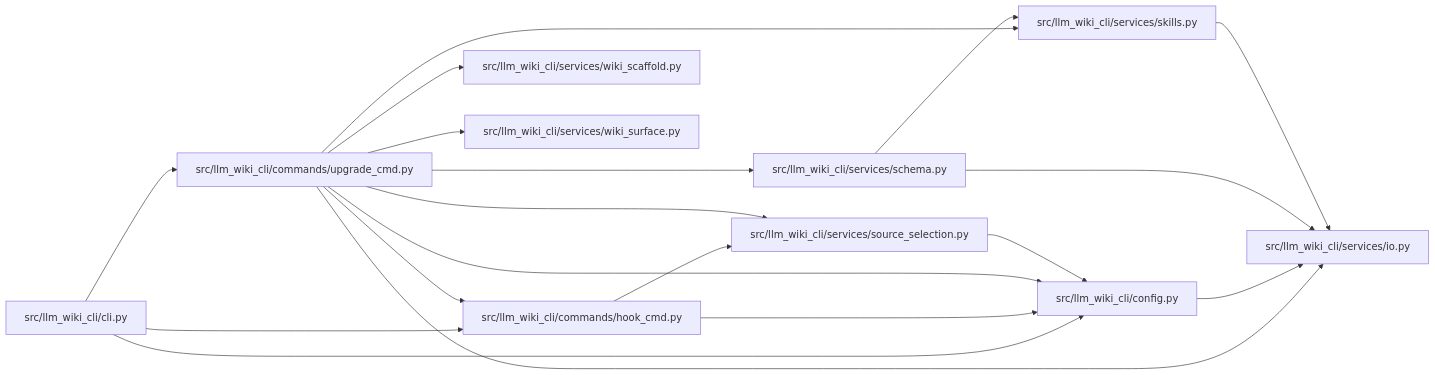
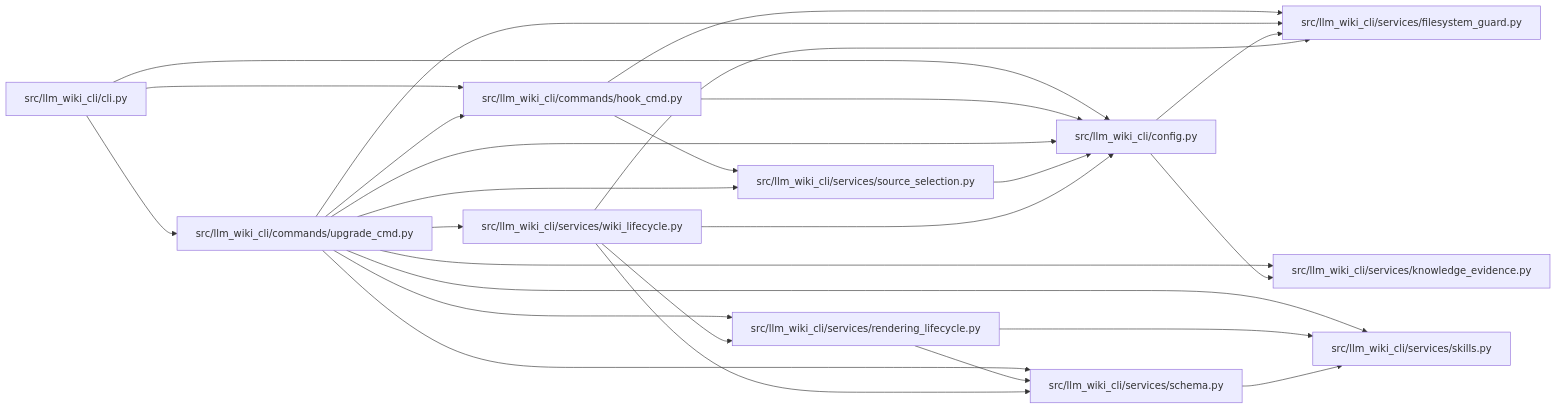
The diagram in docs/llm_wiki/modules/upgrade_cmd.md (Denissvgn/python-wiki-llm), drawn with Mermaid before and after one commit. The commit also changed other lines of this file and 364 other files, not shown here.

````diff
--- a/docs/llm_wiki/modules/upgrade_cmd.md
+++ b/docs/llm_wiki/modules/upgrade_cmd.md
@@ -37,41 +39,50 @@
 ```mermaid
 flowchart LR
     n0["src/llm_wiki_cli/cli.py"]
     n1["src/llm_wiki_cli/commands/hook_cmd.py"]
     n2["src/llm_wiki_cli/commands/upgrade_cmd.py"]
     n3["src/llm_wiki_cli/config.py"]
-    n4["src/llm_wiki_cli/services/io.py"]
-    n5["src/llm_wiki_cli/services/schema.py"]
-    n6["src/llm_wiki_cli/services/skills.py"]
-    n7["src/llm_wiki_cli/services/source_selection.py"]
-    n8["src/llm_wiki_cli/services/wiki_scaffold.py"]
-    n9["src/llm_wiki_cli/services/wiki_surface.py"]
+    n4["src/llm_wiki_cli/services/filesystem_guard.py"]
+    n5["src/llm_wiki_cli/services/knowledge_evidence.py"]
+    n6["src/llm_wiki_cli/services/rendering_lifecycle.py"]
+    n7["src/llm_wiki_cli/services/schema.py"]
+    n8["src/llm_wiki_cli/services/skills.py"]
+    n9["src/llm_wiki_cli/services/source_selection.py"]
+    n10["src/llm_wiki_cli/services/wiki_lifecycle.py"]
     n0 --> n1
     n0 --> n2
     n0 --> n3
     n1 --> n3
-    n1 --> n7
+    n1 --> n4
+    n1 --> n9
     n2 --> n1
     n2 --> n3
     n2 --> n4
     n2 --> n5
     n2 --> n6
     n2 --> n7
     n2 --> n8
     n2 --> n9
+    n2 --> n10
     n3 --> n4
-    n5 --> n4
-    n5 --> n6
-    n6 --> n4
-    n7 --> n3
+    n3 --> n5
+    n6 --> n7
+    n6 --> n8
+    n7 --> n8
+    n9 --> n3
+    n10 --> n3
+    n10 --> n4
+    n10 --> n6
+    n10 --> n7
     click n0 "../modules/cli.md"
     click n1 "../modules/hook_cmd.md"
     click n2 "../modules/upgrade_cmd.md"
     click n3 "../modules/config.md"
-    click n4 "../modules/io.md"
-    click n5 "../modules/services_schema.md"
-    click n6 "../modules/skills.md"
-    click n7 "../modules/source_selection.md"
-    click n8 "../modules/wiki_scaffold.md"
-    click n9 "../modules/wiki_surface.md"
+    click n4 "../modules/filesystem_guard.md"
+    click n5 "../modules/knowledge_evidence.md"
+    click n6 "../modules/rendering_lifecycle.md"
+    click n7 "../modules/services_schema.md"
+    click n8 "../modules/skills.md"
+    click n9 "../modules/source_selection.md"
+    click n10 "../modules/wiki_lifecycle.md"
 ```
````
